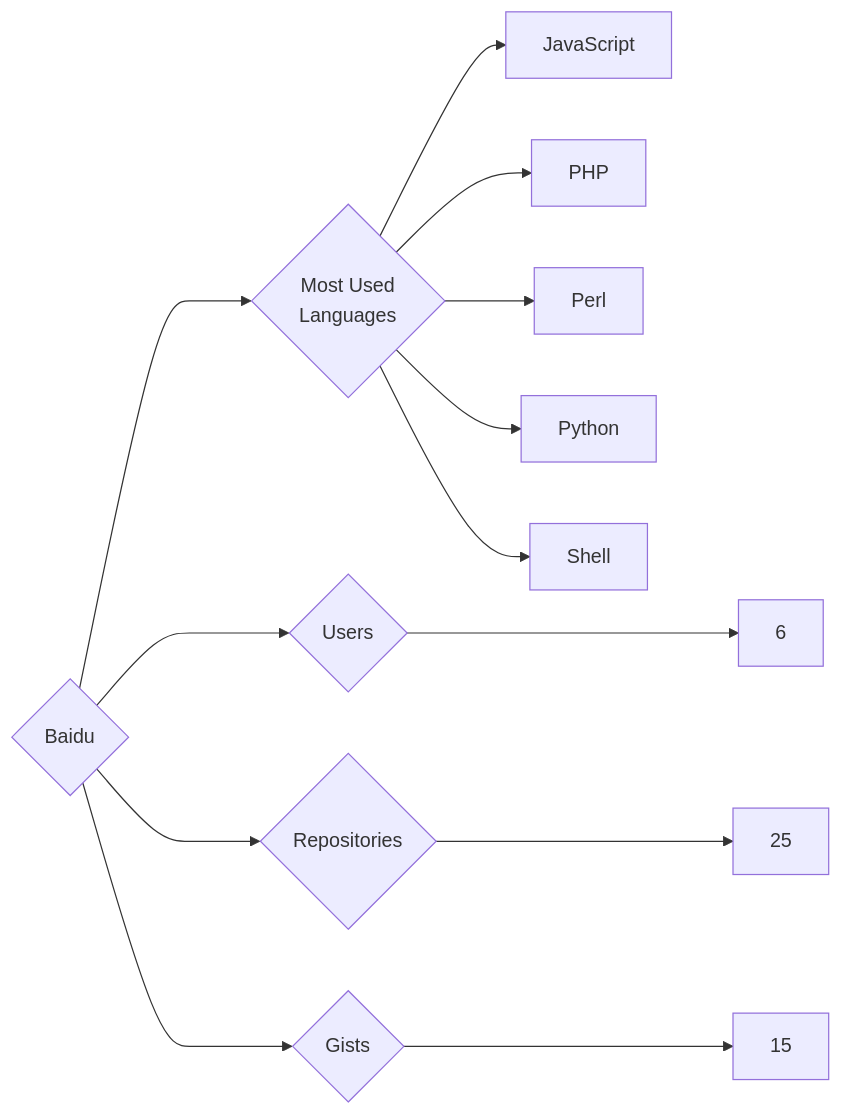
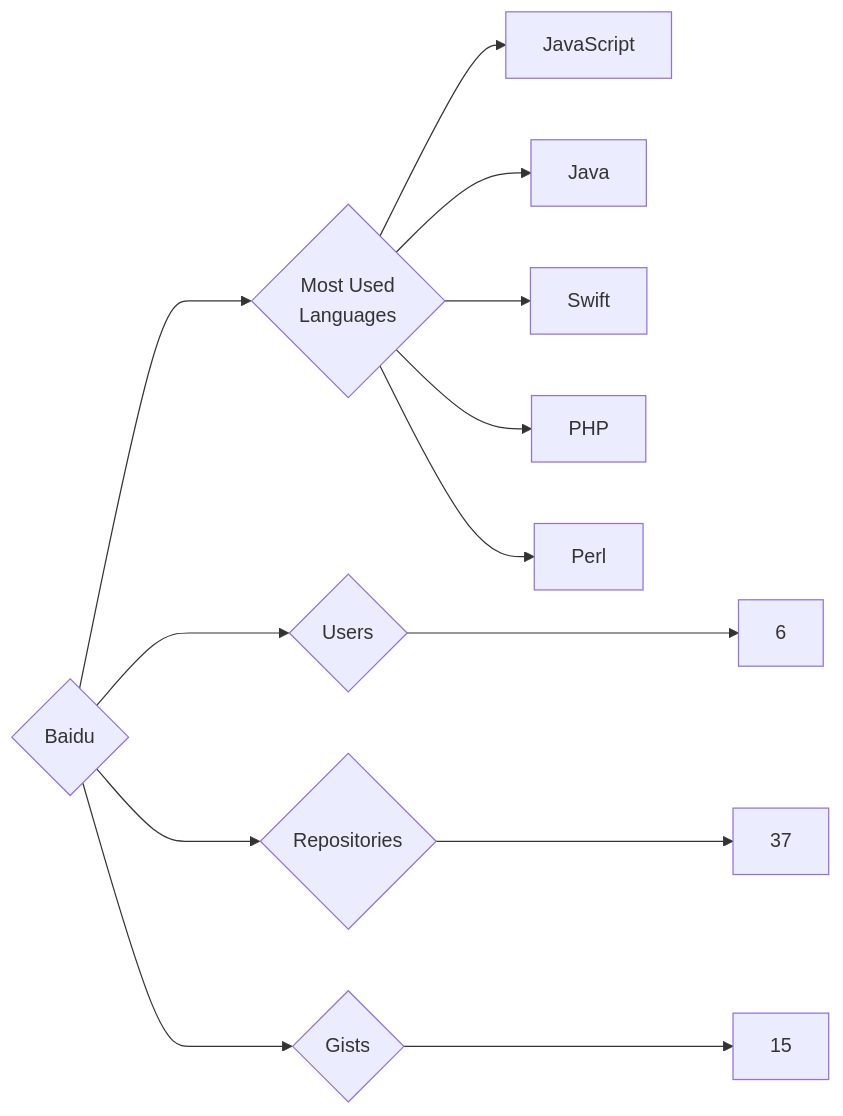
One commit to trickest/insiders changed the diagram in targets/Baidu/README.md. Above: the diagram before and after it, drawn with Mermaid. The commit also changed 873 other files, not shown here.

````diff
--- a/targets/Baidu/README.md
+++ b/targets/Baidu/README.md
@@ -3,13 +3,13 @@
 ```mermaid
 graph LR
 COMPANY_NAME{Baidu}
 COMPANY_NAME ---> U{Users} ---> UN[6]
-COMPANY_NAME ---> R{Repositories} ---> RN[25]
+COMPANY_NAME ---> R{Repositories} ---> RN[37]
 COMPANY_NAME ---> G{Gists} ---> GN[15]
 COMPANY_NAME ---> ML{Most Used<br>Languages}
 ML --> JavaScript[JavaScript]
+ML --> Java[Java]
+ML --> Swift[Swift]
 ML --> PHP[PHP]
 ML --> Perl[Perl]
-ML --> Python[Python]
-ML --> Shell[Shell]
 ```
````
